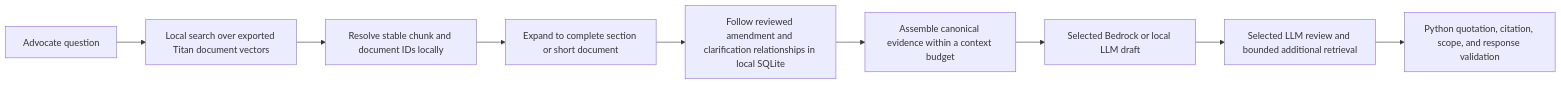
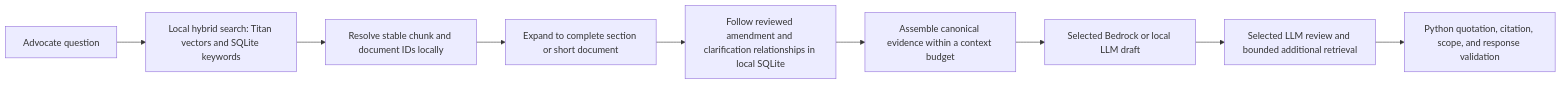
Before and after one commit to swkarlekar/health-research-oracle-public: the second of 2 diagrams in docs/architecture.md, drawn with Mermaid. The commit also changed other lines of this file and 14 other files, not shown here.

````diff
--- a/docs/architecture.md
+++ b/docs/architecture.md
@@ -26,11 +26,11 @@
 ```mermaid
 flowchart LR
-    Q[Advocate question] --> R[Local search over exported Titan document vectors]
+    Q[Advocate question] --> R[Local hybrid search: Titan vectors and SQLite keywords]
     R --> I[Resolve stable chunk and document IDs locally]
     I --> E[Expand to complete section or short document]
     E --> G[Follow reviewed amendment and clarification relationships in local SQLite]
     G --> P[Assemble canonical evidence within a context budget]
     P --> D[Selected Bedrock or local LLM draft]
     D --> V[Selected LLM review and bounded additional retrieval]
     V --> C[Python quotation, citation, scope, and response validation]
 ```
````
